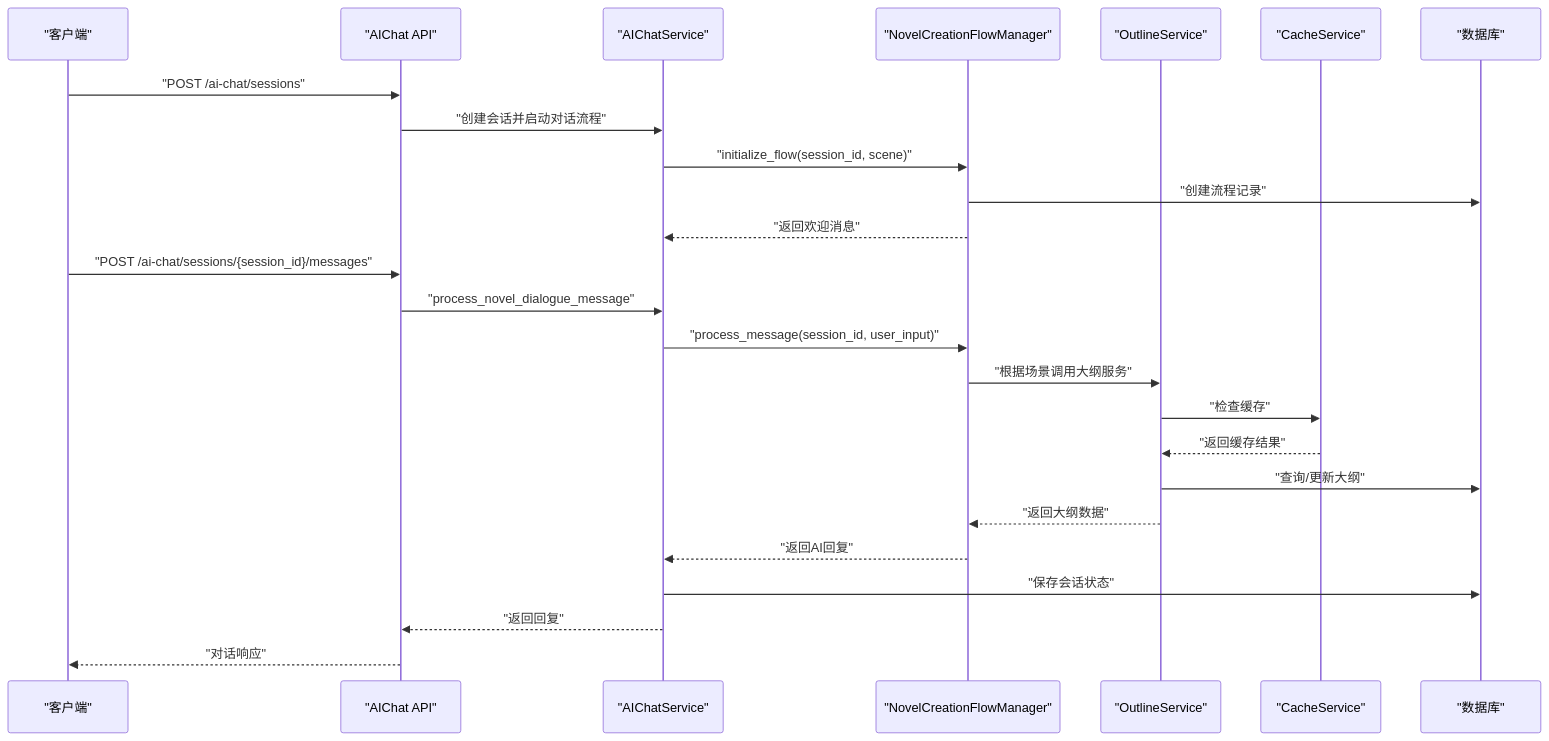
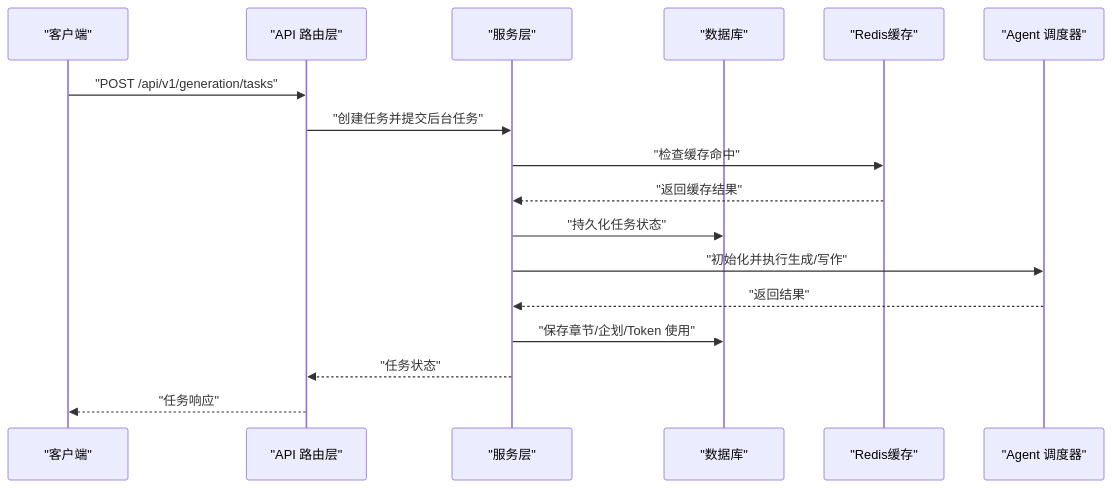
The second of 9 diagrams in .qoder/repowiki/zh/content/后端架构/服务层设计.md (xfbyxq/ai-novel-system), drawn with Mermaid before and after one commit. The commit also changed other lines of this file and 38 other files, not shown here.

````diff
--- a/.qoder/repowiki/zh/content/后端架构/服务层设计.md
+++ b/.qoder/repowiki/zh/content/后端架构/服务层设计.md
@@ -195,27 +171,19 @@
 ```mermaid
 sequenceDiagram
 participant Client as "客户端"
-participant API as "AIChat API"
-participant AI as "AIChatService"
-participant Flow as "NovelCreationFlowManager"
-participant Outline as "OutlineService"
-participant Cache as "CacheService"
+participant API as "API 路由层"
+participant Svc as "服务层"
 participant DB as "数据库"
-Client->>API : "POST /ai-chat/sessions"
-API->>AI : "创建会话并启动对话流程"
-AI->>Flow : "initialize_flow(session_id, scene)"
-Flow->>DB : "创建流程记录"
-Flow-->>AI : "返回欢迎消息"
-Client->>API : "POST /ai-chat/sessions/{session_id}/messages"
-API->>AI : "process_novel_dialogue_message"
-AI->>Flow : "process_message(session_id, user_input)"
-Flow->>Outline : "根据场景调用大纲服务"
-Outline->>Cache : "检查缓存"
-Cache-->>Outline : "返回缓存结果"
-Outline->>DB : "查询/更新大纲"
-Outline-->>Flow : "返回大纲数据"
-Flow-->>AI : "返回AI回复"
-AI->>DB : "保存会话状态"
-AI-->>API : "返回回复"
-API-->>Client : "对话响应"
+participant Redis as "Redis缓存"
+participant Agent as "Agent 调度器"
+Client->>API : "POST /api/v1/generation/tasks"
+API->>Svc : "创建任务并提交后台任务"
+Svc->>Redis : "检查缓存命中"
+Redis-->>Svc : "返回缓存结果"
+Svc->>DB : "持久化任务状态"
+Svc->>Agent : "初始化并执行生成/写作"
+Agent-->>Svc : "返回结果"
+Svc->>DB : "保存章节/企划/Token 使用"
+Svc-->>API : "任务状态"
+API-->>Client : "任务响应"
 ```
````
